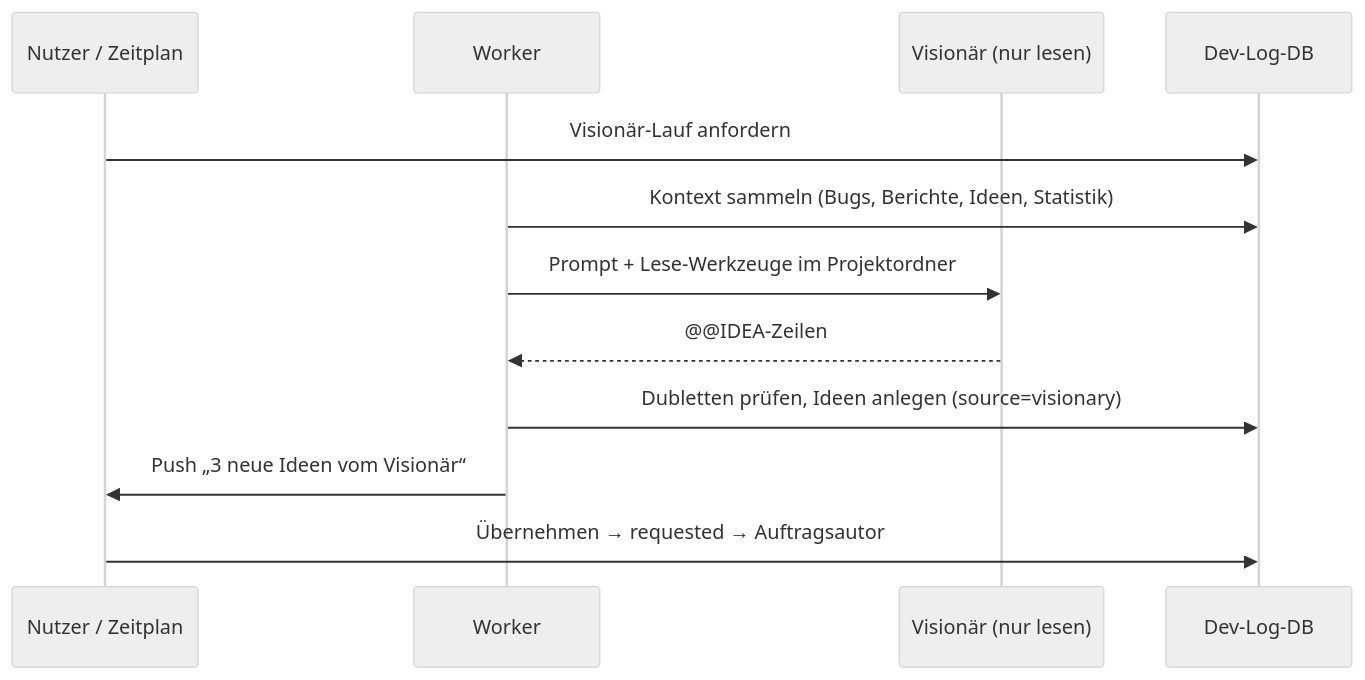
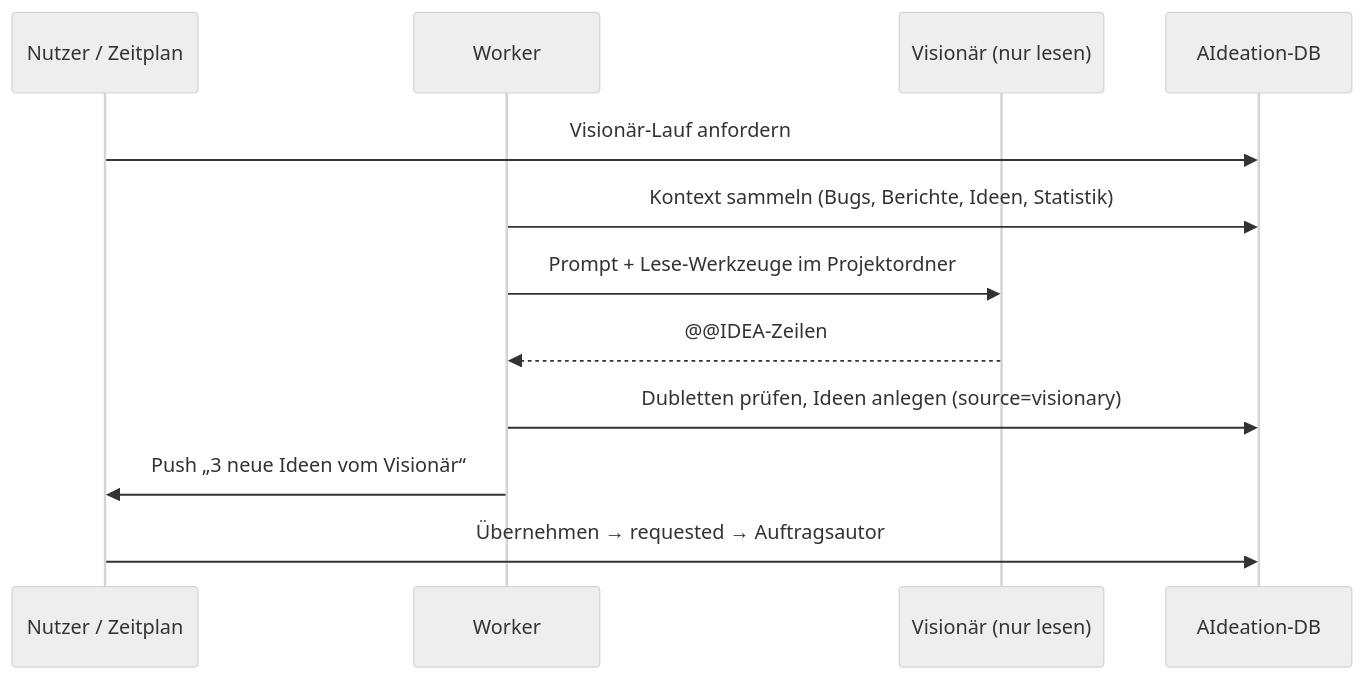
Before and after one commit to zaaaazzy/AutoDEV: the diagram in docs/ideen/01-visionaer-agent.md, drawn with Mermaid (neutral theme). The commit also changed other lines of this file and 89 other files, not shown here.

````diff
--- a/docs/ideen/01-visionaer-agent.md
+++ b/docs/ideen/01-visionaer-agent.md
@@ -35,14 +35,14 @@
 ```mermaid
 sequenceDiagram
   participant U as Nutzer / Zeitplan
   participant W as Worker
   participant V as Visionär (nur lesen)
-  participant DB as Dev-Log-DB
+  participant DB as AIdeation-DB
   U->>DB: Visionär-Lauf anfordern
   W->>DB: Kontext sammeln (Bugs, Berichte, Ideen, Statistik)
   W->>V: Prompt + Lese-Werkzeuge im Projektordner
   V-->>W: @@IDEA-Zeilen
   W->>DB: Dubletten prüfen, Ideen anlegen (source=visionary)
   W->>U: Push „3 neue Ideen vom Visionär“
   U->>DB: Übernehmen → requested → Auftragsautor
 ```
````
